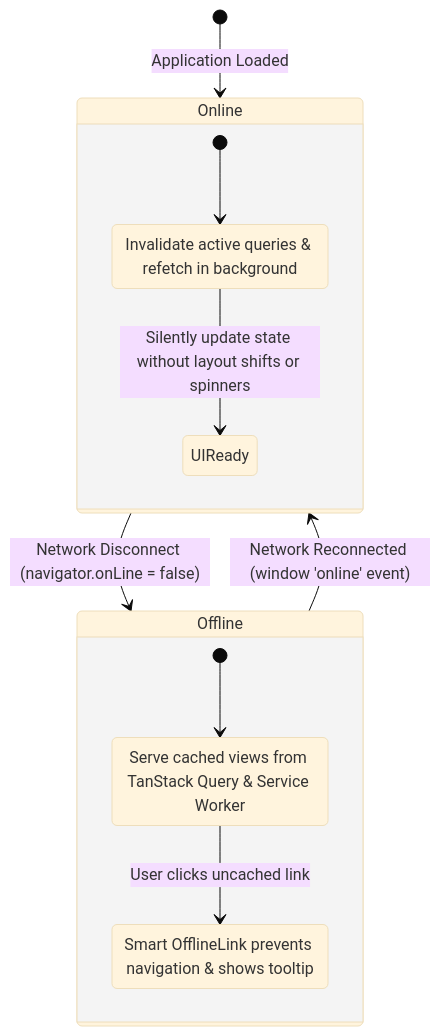
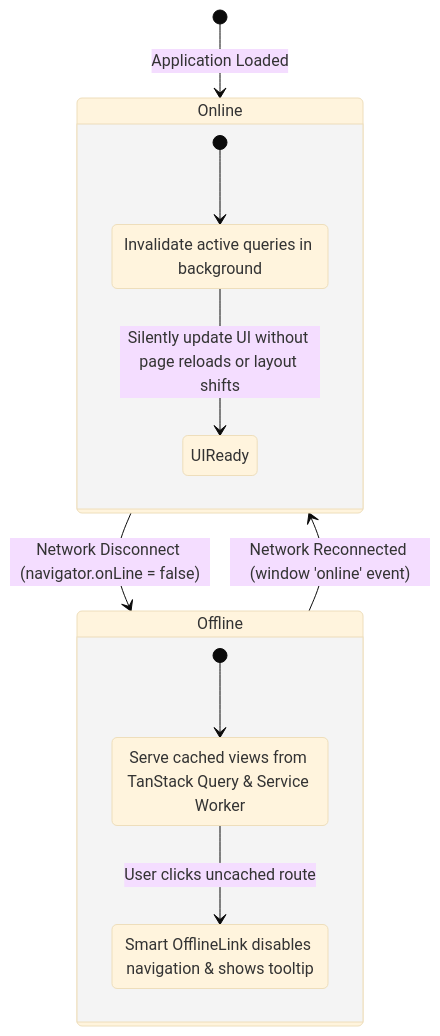
The sixth of 7 diagrams in README.md (EvilLucifer00/MPLAD-Risk-Monitor), drawn with Mermaid (base theme) before and after one commit. The commit also changed other lines of this file, not shown here.

````diff
--- a/README.md
+++ b/README.md
@@ -378,19 +332,19 @@
 ```mermaid
 stateDiagram-v2
     [*] --> Online: Application Loaded
 
     Online --> Offline: Network Disconnect (navigator.onLine = false)
     state Offline {
         [*] --> CacheMode
         CacheMode: Serve cached views from TanStack Query & Service Worker
-        CacheMode --> BlockUncached: User clicks uncached link
-        BlockUncached: Smart OfflineLink prevents navigation & shows tooltip
+        CacheMode --> BlockUncached: User clicks uncached route
+        BlockUncached: Smart OfflineLink disables navigation & shows tooltip
     }
 
     Offline --> Online: Network Reconnected (window 'online' event)
     state Online {
         [*] --> SilentSync
-        SilentSync: Invalidate active queries & refetch in background
-        SilentSync --> UIReady: Silently update state without layout shifts or spinners
+        SilentSync: Invalidate active queries in background
+        SilentSync --> UIReady: Silently update UI without page reloads or layout shifts
     }
 ```
````
